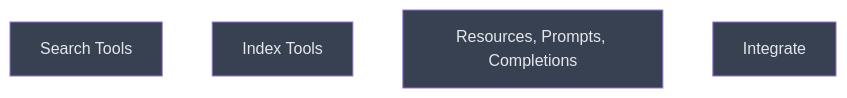
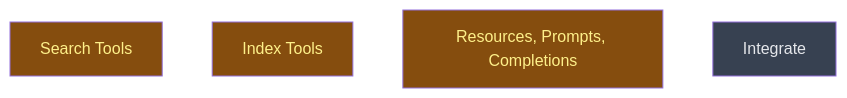
One commit to CrackingShells/colgrep-mcp changed the diagram in __roadmap__/colgrep_mcp/build/tools/README.md. Above: the diagram before and after it, drawn with Mermaid. The commit also changed other lines of this file and 2 other files, not shown here.

Commit message:
docs(roadmap): mark adapter done, start tools level

````diff
--- a/__roadmap__/colgrep_mcp/build/tools/README.md
+++ b/__roadmap__/colgrep_mcp/build/tools/README.md
@@ -17,12 +17,12 @@
 ```mermaid
 graph TD
-    search_tools[Search Tools]:::planned
-    index_tools[Index Tools]:::planned
-    resources_prompts[Resources, Prompts, Completions]:::planned
+    search_tools[Search Tools]:::inprogress
+    index_tools[Index Tools]:::inprogress
+    resources_prompts[Resources, Prompts, Completions]:::inprogress
     integrate[Integrate]:::planned
     classDef done       fill:#166534,color:#bbf7d0
     classDef inprogress fill:#854d0e,color:#fef08a
     classDef planned    fill:#374151,color:#e5e7eb
     classDef amendment  fill:#1e3a5f,color:#bfdbfe
     classDef blocked    fill:#7f1d1d,color:#fecaca
 ```
````
